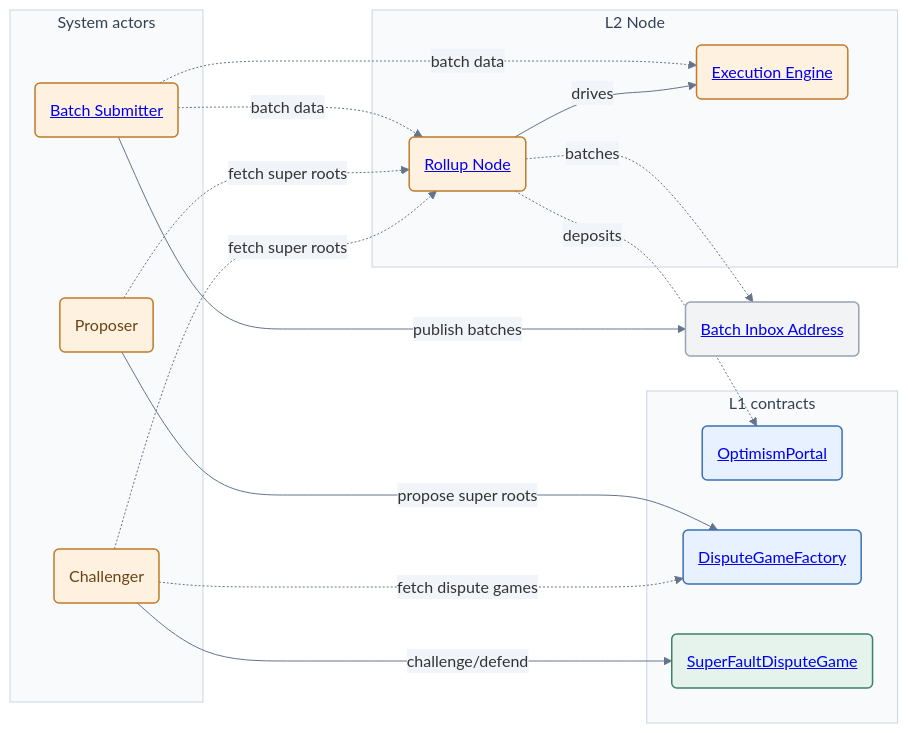
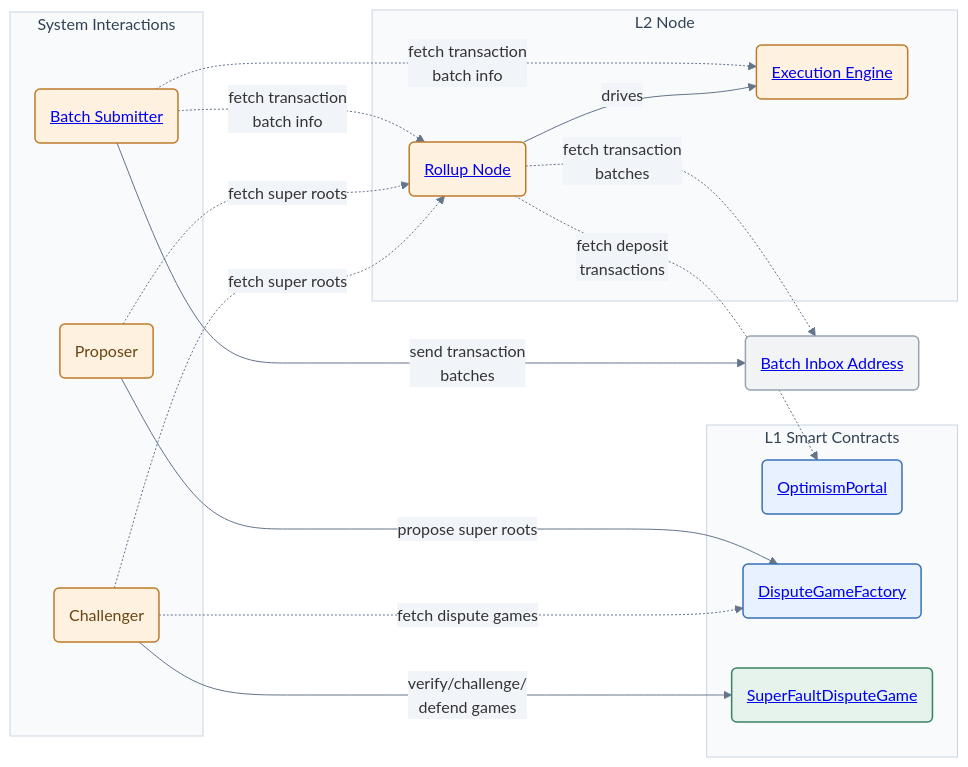
Before and after one commit to ethereum-optimism/specs: the seventh of 7 diagrams in specs/protocol/overview.md, drawn with Mermaid. The commit also changed other lines of this file, not shown here.

````diff
--- a/specs/protocol/overview.md
+++ b/specs/protocol/overview.md
@@ -304,50 +316,50 @@
 ```mermaid
 %%{init: {"theme": "base", "themeVariables": {"lineColor": "#64748b", "edgeLabelBackground": "#f1f5f9"}, "themeCSS": ".nodeLabel a { color: inherit !important; }"}}%%
 graph LR
     subgraph NodeComponents[L2 Node]
         RollupNode(<a href="./rollup-node.html">Rollup Node</a>)
         ExecutionEngine(<a href="./exec-engine.html">Execution Engine</a>)
     end
 
-    subgraph SystemActors[System actors]
+    subgraph SystemActors[System Interactions]
         BatchSubmitter(<a href="./batcher.html">Batch Submitter</a>)
         OutputSubmitter(Proposer)
         Challenger(Challenger)
     end
 
     BatchDataEOA(<a href="../glossary.html#batcher-transaction">Batch Inbox Address</a>)
 
-    subgraph L1Contracts[L1 contracts]
+    subgraph L1Contracts[L1 Smart Contracts]
         OptimismPortal(<a href="./withdrawals.html#the-optimism-portal-contract">OptimismPortal</a>)
         DisputeGameFactory(<a href="../fault-proof/stage-one/dispute-game-interface.html#disputegamefactory-interface">DisputeGameFactory</a>)
         SuperFaultDisputeGame(<a href="../fault-proof/stage-one/super-fault-dispute-game.html">SuperFaultDisputeGame</a>)
     end
 
-    BatchSubmitter -.->|batch data| RollupNode
-    BatchSubmitter -.->|batch data| ExecutionEngine
-    BatchSubmitter -->|publish batches| BatchDataEOA
+    BatchSubmitter -.->|fetch transaction<br/>batch info| RollupNode
+    BatchSubmitter -.->|fetch transaction<br/>batch info| ExecutionEngine
+    BatchSubmitter -->|send transaction<br/>batches| BatchDataEOA
 
-    RollupNode -.->|batches| BatchDataEOA
-    RollupNode -.->|deposits| OptimismPortal
+    RollupNode -.->|fetch transaction<br/>batches| BatchDataEOA
+    RollupNode -.->|fetch deposit<br/>transactions| OptimismPortal
     RollupNode -->|drives| ExecutionEngine
 
     OutputSubmitter -.->|fetch super roots| RollupNode
     OutputSubmitter -->|propose super roots| DisputeGameFactory
 
     Challenger -.->|fetch dispute games| DisputeGameFactory
     Challenger -.->|fetch super roots| RollupNode
-    Challenger -->|challenge/defend| SuperFaultDisputeGame
+    Challenger -->|verify/challenge/<br/>defend games| SuperFaultDisputeGame
 
     classDef proxy fill:#e8f1ff,stroke:#3971b8,color:#17375e,stroke-width:1.5px;
     classDef fixed fill:#e5f3ec,stroke:#3b8363,color:#173f2e,stroke-width:1.5px;
     classDef actor fill:#fff1df,stroke:#bf7b2a,color:#664515,stroke-width:1.5px;
     classDef other fill:#f1f3f5,stroke:#98a2b3,color:#344054,stroke-width:1.5px;
     class RollupNode,ExecutionEngine actor;
     class BatchSubmitter,OutputSubmitter,Challenger actor;
     class OptimismPortal,DisputeGameFactory proxy;
     class BatchDataEOA other;
     class SuperFaultDisputeGame fixed;
     style NodeComponents fill:#f8fafc,stroke:#cbd5e1,color:#334155;
     style SystemActors fill:#f8fafc,stroke:#cbd5e1,color:#334155;
     style L1Contracts fill:#f8fafc,stroke:#cbd5e1,color:#334155;
 ```
````
